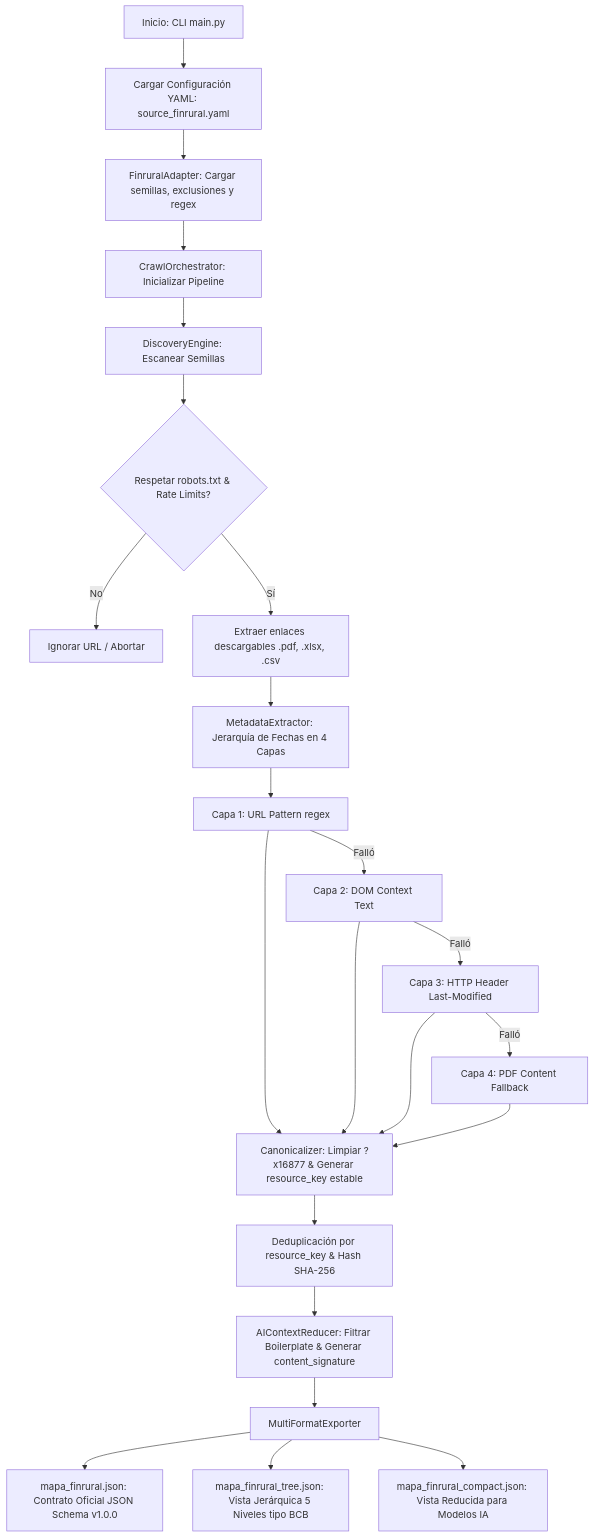
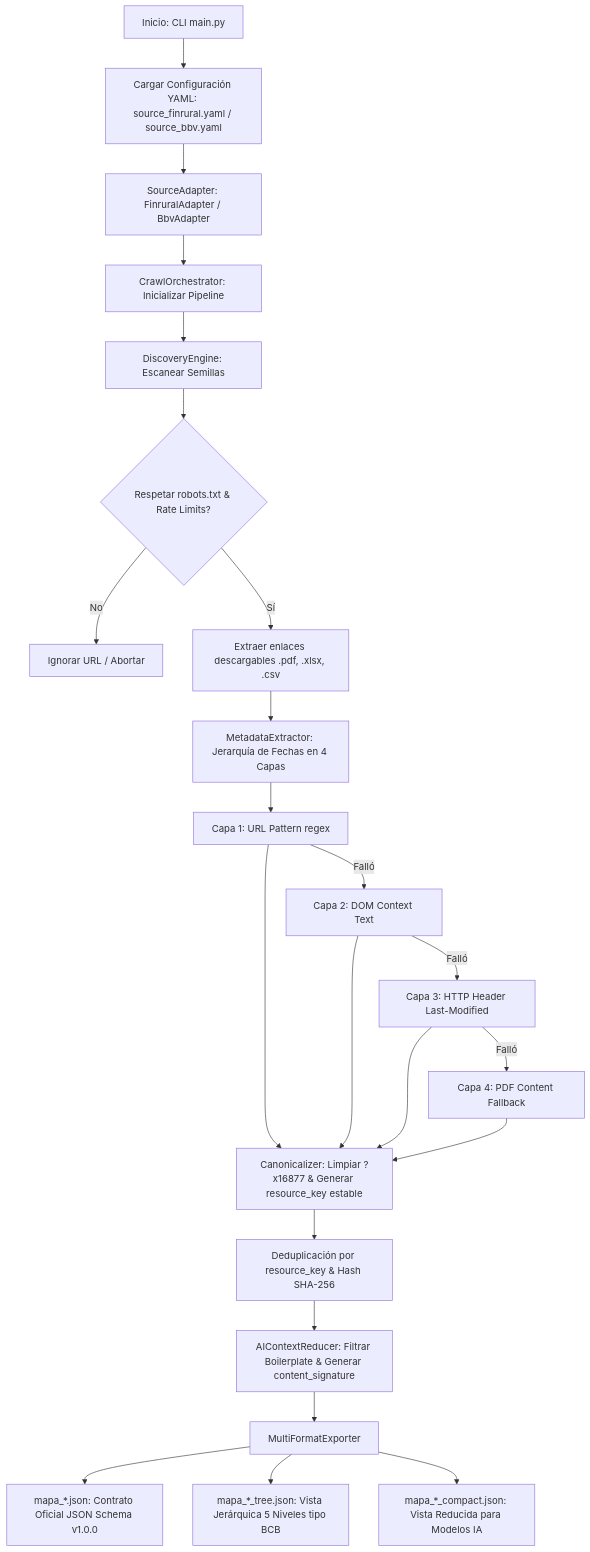
Before and after one commit to MarlonTMF/Crawler_Buscador: the diagram in README.md, drawn with Mermaid. The commit also changed other lines of this file and 3 other files, not shown here.

````diff
--- a/README.md
+++ b/README.md
@@ -19,26 +19,26 @@
 ```mermaid
 flowchart TD
-    A[Inicio: CLI main.py] --> B[Cargar Configuración YAML: source_finrural.yaml]
-    B --> C[FinruralAdapter: Cargar semillas, exclusiones y regex]
+    A[Inicio: CLI main.py] --> B[Cargar Configuración YAML: source_finrural.yaml / source_bbv.yaml]
+    B --> C[SourceAdapter: FinruralAdapter / BbvAdapter]
     C --> D[CrawlOrchestrator: Inicializar Pipeline]
     
     D --> E[DiscoveryEngine: Escanear Semillas]
     E --> F{Respetar robots.txt & Rate Limits?}
     F -- No --> G[Ignorar URL / Abortar]
     F -- Sí --> H[Extraer enlaces descargables .pdf, .xlsx, .csv]
     
     H --> I[MetadataExtractor: Jerarquía de Fechas en 4 Capas]
     I --> J[Capa 1: URL Pattern regex]
     J -->|Falló| K[Capa 2: DOM Context Text]
     K -->|Falló| L[Capa 3: HTTP Header Last-Modified]
     L -->|Falló| M[Capa 4: PDF Content Fallback]
     
     J & K & L & M --> N[Canonicalizer: Limpiar ?x16877 & Generar resource_key estable]
     N --> O[Deduplicación por resource_key & Hash SHA-256]
     O --> P[AIContextReducer: Filtrar Boilerplate & Generar content_signature]
     
     P --> Q[MultiFormatExporter]
-    Q --> R[mapa_finrural.json: Contrato Oficial JSON Schema v1.0.0]
-    Q --> S[mapa_finrural_tree.json: Vista Jerárquica 5 Niveles tipo BCB]
-    Q --> T[mapa_finrural_compact.json: Vista Reducida para Modelos IA]
+    Q --> R[mapa_*.json: Contrato Oficial JSON Schema v1.0.0]
+    Q --> S[mapa_*_tree.json: Vista Jerárquica 5 Niveles tipo BCB]
+    Q --> T[mapa_*_compact.json: Vista Reducida para Modelos IA]
 ```
````
